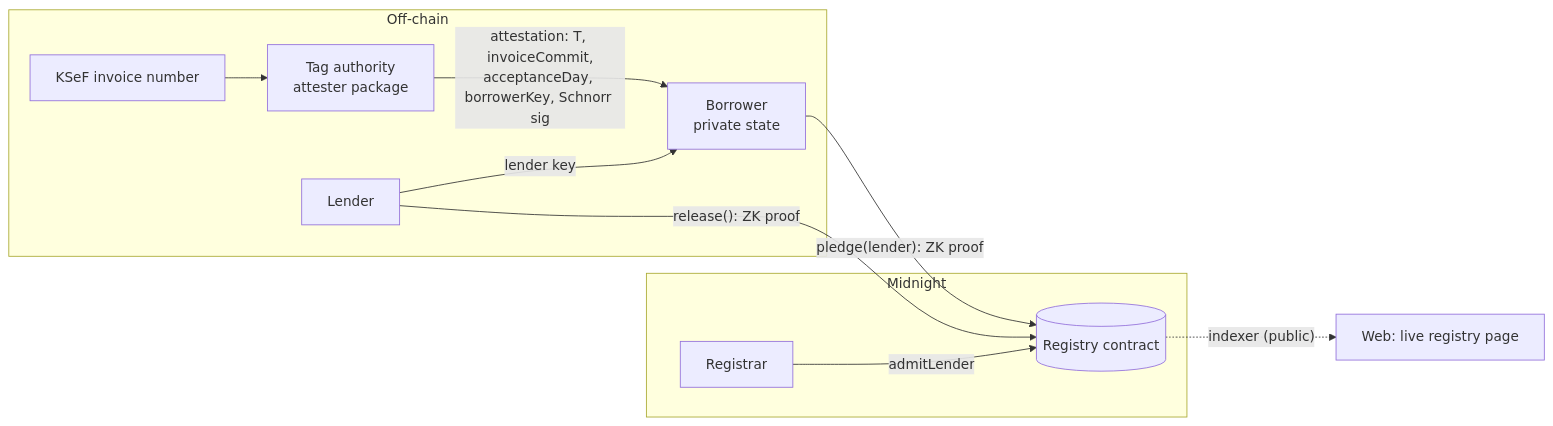
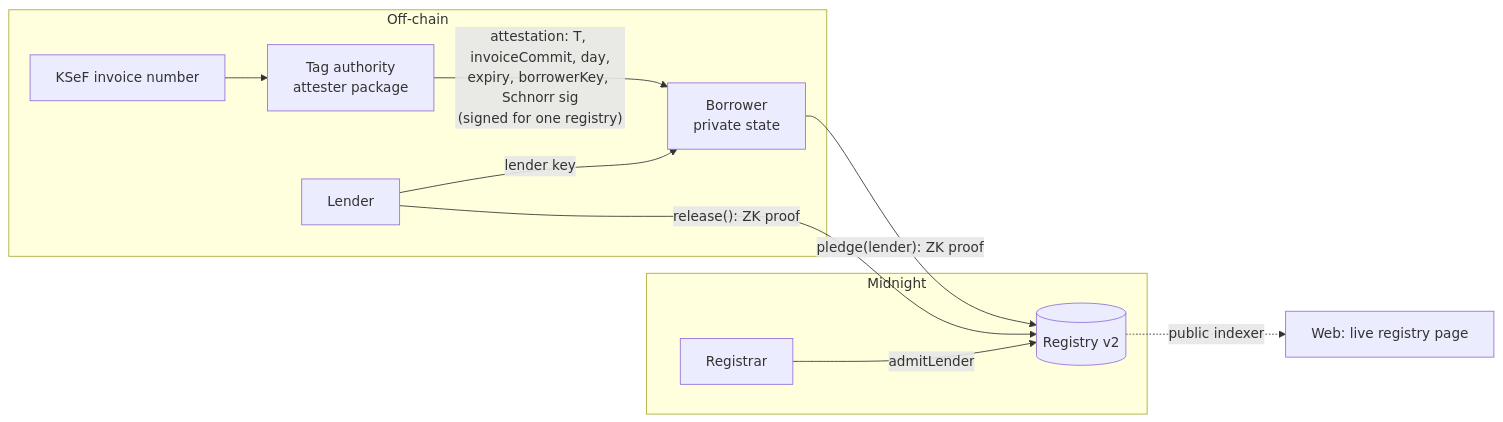
One commit to OoJae/onepledge changed the diagram in README.md. Above: the diagram before and after it, drawn with Mermaid. The commit also changed other lines of this file and 6 other files, not shown here.

````diff
--- a/README.md
+++ b/README.md
@@ -60,14 +122,14 @@
 ```mermaid
 flowchart LR
   subgraph Off-chain
     KSeF[KSeF invoice number] --> TA[Tag authority<br/>attester package]
-    TA -- "attestation: T, invoiceCommit,<br/>acceptanceDay, borrowerKey, Schnorr sig" --> B[Borrower<br/>private state]
+    TA -- "attestation: T, invoiceCommit, day,<br/>expiry, borrowerKey, Schnorr sig<br/>(signed for one registry)" --> B[Borrower<br/>private state]
     L[Lender] -- "lender key" --> B
   end
   subgraph Midnight
-    B -- "pledge(lender): ZK proof" --> R[(Registry contract)]
+    B -- "pledge(lender): ZK proof" --> R[(Registry v2)]
     L -- "release(): ZK proof" --> R
     Reg[Registrar] -- "admitLender" --> R
   end
-  R -. "indexer (public)" .-> W[Web: live registry page]
+  R -. "public indexer" .-> W[Web: live registry page]
 ```
````
